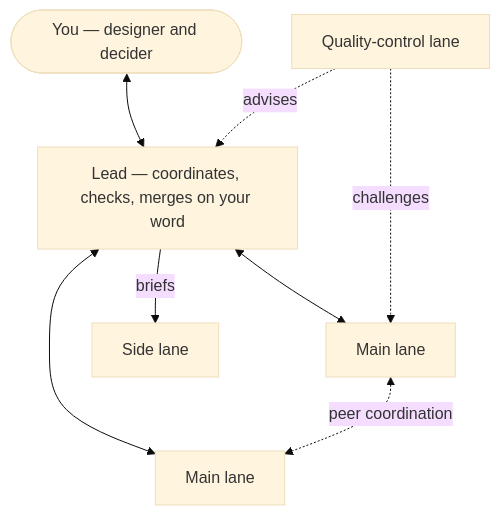
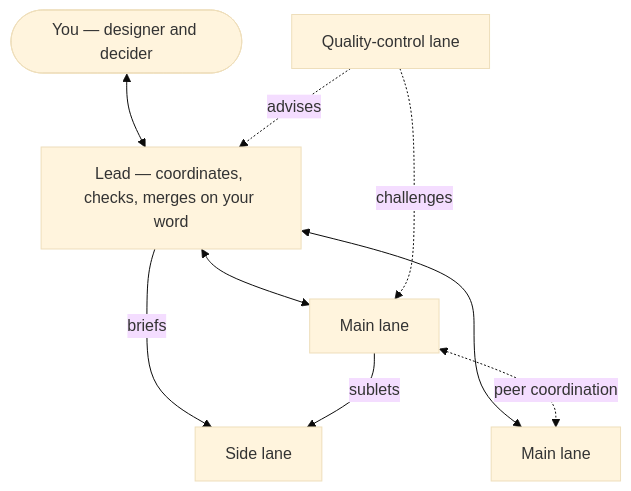
One commit to nguyenvinhloc1997/convoy changed the diagram in README.md. Above: the diagram before and after it, drawn with Mermaid (base theme). The commit also changed other lines of this file and 12 other files, not shown here.

````diff
--- a/README.md
+++ b/README.md
@@ -28,16 +28,17 @@
 ```mermaid
 flowchart TB
     H([You — designer and decider])
     L[Lead — coordinates, checks, merges on your word]
     M1[Main lane]
     M2[Main lane]
     S[Side lane]
     Q[Quality-control lane]
     H <--> L
     L <--> M1
     L <--> M2
     L -- briefs --> S
+    M1 -- sublets --> S
     Q -. advises .-> L
     Q -. challenges .-> M1
     M1 <-. peer coordination .-> M2
 ```
````
